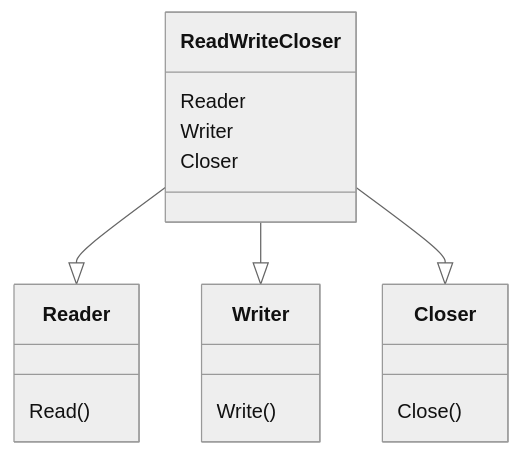
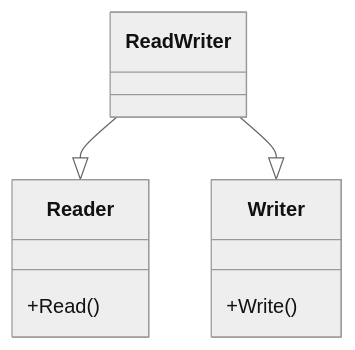
The diagram in RAK-04-core-mechanics/SR-02-architecture-patterns/BK-03-robust-interface-design/CH-01_InterfaceComposition/README.md (syahputrawork98-sketch/Golang-Knowledge-Base), drawn with Mermaid (neutral theme) before and after one commit. The commit also changed other lines of this file and 19 other files, not shown here.

Commit message:
add : SR-02-architecture-patterns

````diff
--- a/RAK-04-core-mechanics/SR-02-architecture-patterns/BK-03-robust-interface-design/CH-01_InterfaceComposition/README.md
+++ b/RAK-04-core-mechanics/SR-02-architecture-patterns/BK-03-robust-interface-design/CH-01_InterfaceComposition/README.md
@@ -23,14 +33,12 @@
 ```mermaid
 classDiagram
-    class Reader { Read() }
-    class Writer { Write() }
-    class Closer { Close() }
-    class ReadWriteCloser {
-        Reader
-        Writer
-        Closer
+    class Reader {
+        +Read()
     }
-    ReadWriteCloser --|> Reader
-    ReadWriteCloser --|> Writer
-    ReadWriteCloser --|> Closer
+    class Writer {
+        +Write()
+    }
+    class ReadWriter
+    ReadWriter --|> Reader
+    ReadWriter --|> Writer
 ```
````
